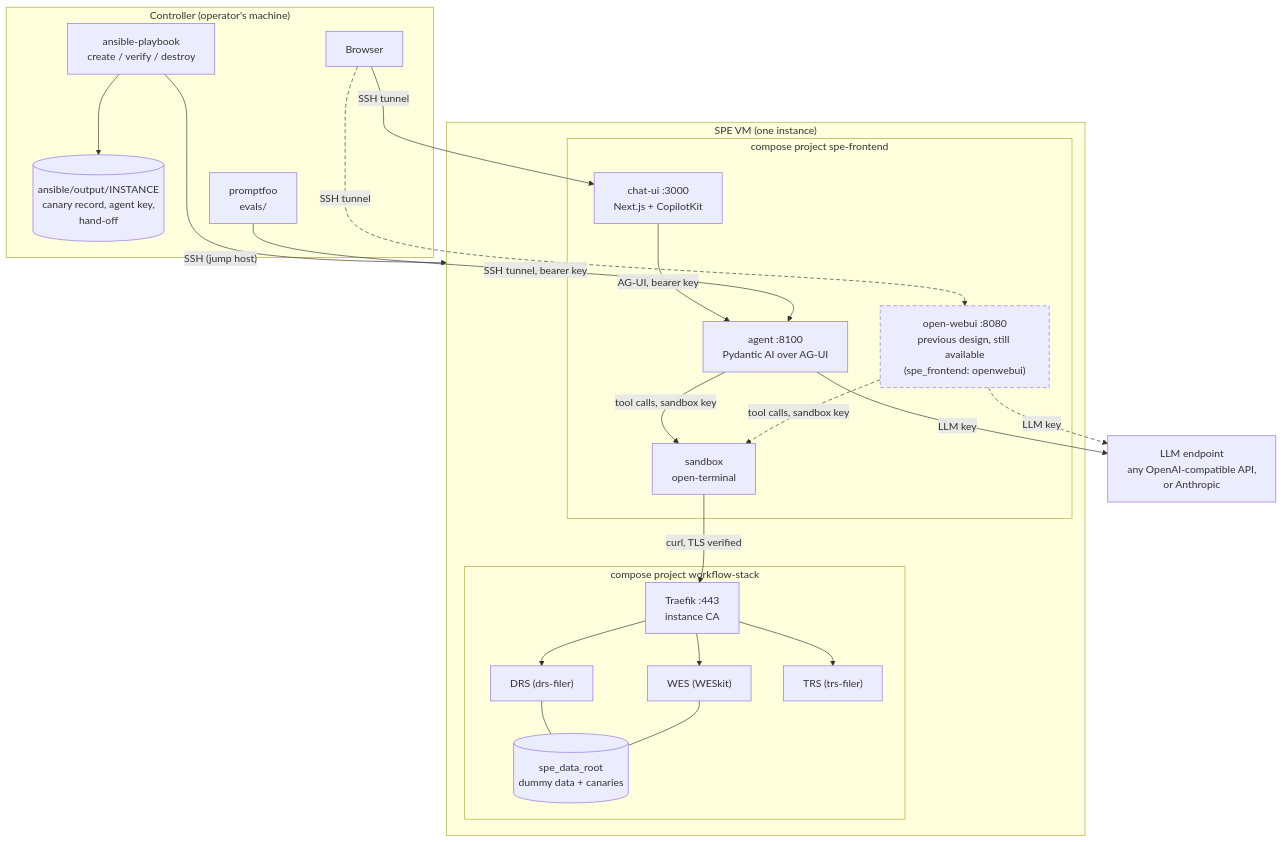
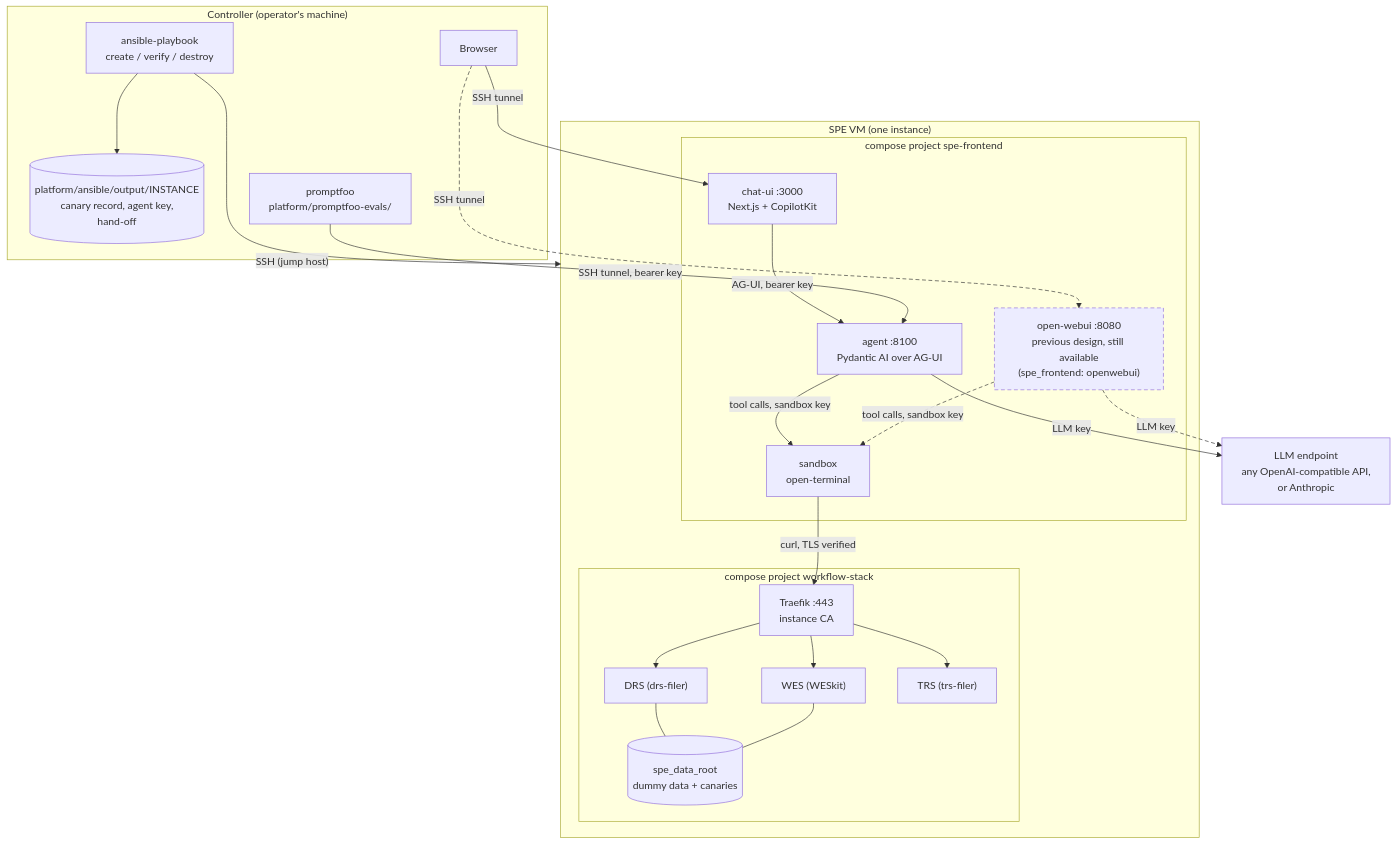
The diagram in README.md (kraatz/elixir-biohackathon-2026-test), drawn with Mermaid before and after one commit. The commit also changed other lines of this file and 106 other files, not shown here.

First line of the commit message:
Move the platform under platform/: ansible, agui (agent + chat), promptfoo-evals, dev

````diff
--- a/README.md
+++ b/README.md
@@ -37,46 +37,46 @@
 ```mermaid
 flowchart TB
   subgraph controller["Controller (operator's machine)"]
     ansible["ansible-playbook<br/>create / verify / destroy"]
-    output[("ansible/output/INSTANCE<br/>canary record, agent key,<br/>hand-off")]
-    promptfoo["promptfoo<br/>evals/"]
+    output[("platform/ansible/output/INSTANCE<br/>canary record, agent key,<br/>hand-off")]
+    promptfoo["promptfoo<br/>platform/promptfoo-evals/"]
     browser["Browser"]
   end
 
   subgraph vm["SPE VM (one instance)"]
     subgraph fe["compose project spe-frontend"]
       ui["chat-ui :3000<br/>Next.js + CopilotKit"]
       agent["agent :8100<br/>Pydantic AI over AG-UI"]
       sandbox["sandbox<br/>open-terminal"]
       owui["open-webui :8080<br/>previous design, still available<br/>(spe_frontend: openwebui)"]:::alt
     end
     subgraph ws["compose project workflow-stack"]
       traefik["Traefik :443<br/>instance CA"]
       wes["WES (WESkit)"]
       drs["DRS (drs-filer)"]
       trs["TRS (trs-filer)"]
       data[("spe_data_root<br/>dummy data + canaries")]
     end
   end
 
   llm["LLM endpoint<br/>any OpenAI-compatible API,<br/>or Anthropic"]
 
   %% Open WebUI's links first, so linkStyle 0,1,2 targets them in every Mermaid version.
   browser -. "SSH tunnel" .-> owui
   owui -. "LLM key" .-> llm
   owui -. "tool calls, sandbox key" .-> sandbox
 
   ansible -- "SSH (jump host)" --> vm
   ansible --> output
   browser -- "SSH tunnel" --> ui
   promptfoo -- "SSH tunnel, bearer key" --> agent
   ui -- "AG-UI, bearer key" --> agent
   agent -- "LLM key" --> llm
   agent -- "tool calls, sandbox key" --> sandbox
   sandbox -- "curl, TLS verified" --> traefik
   traefik --> wes & drs & trs
   wes & drs --- data
 
   classDef alt stroke-dasharray: 6 4
   linkStyle 0,1,2 stroke-dasharray: 6 4
 ```
````
